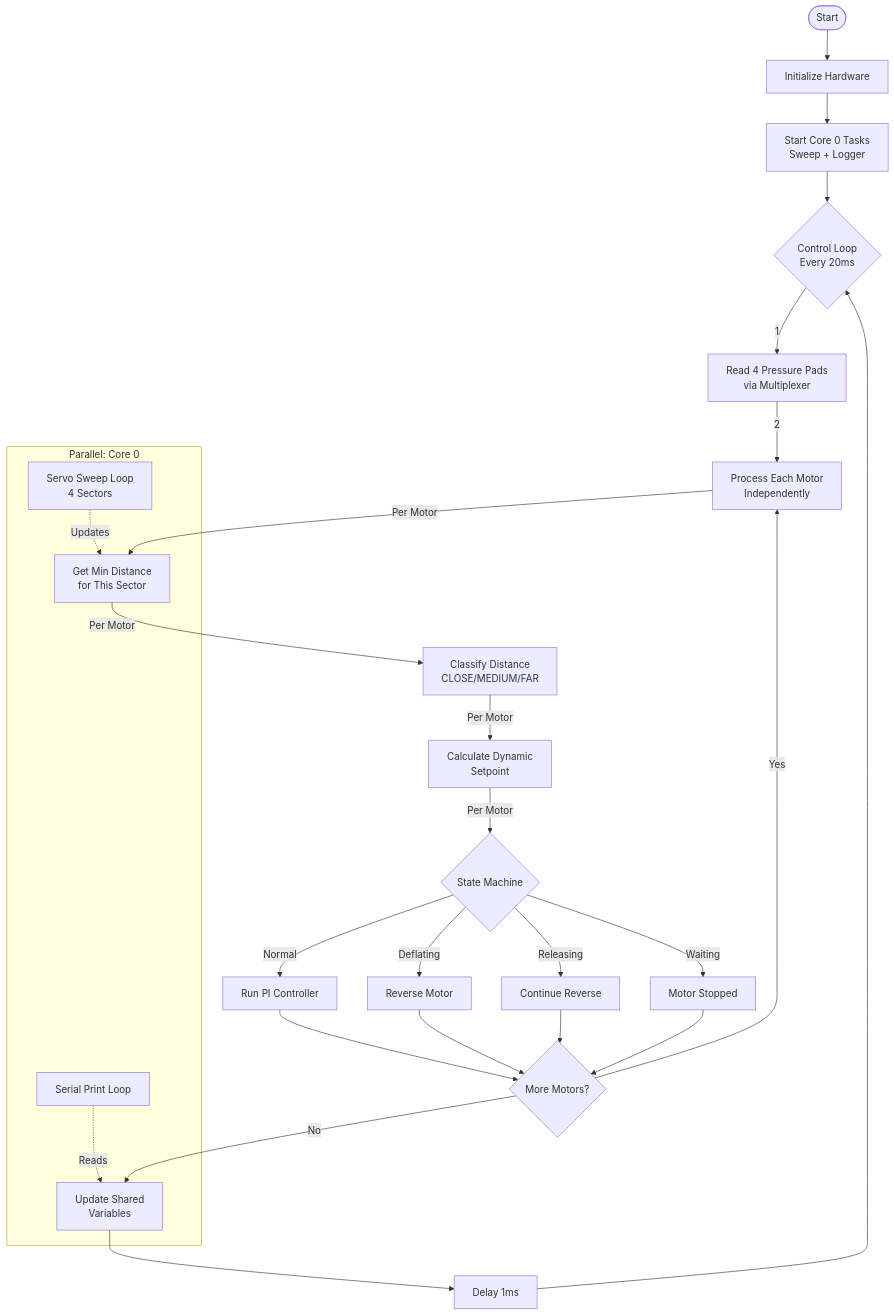
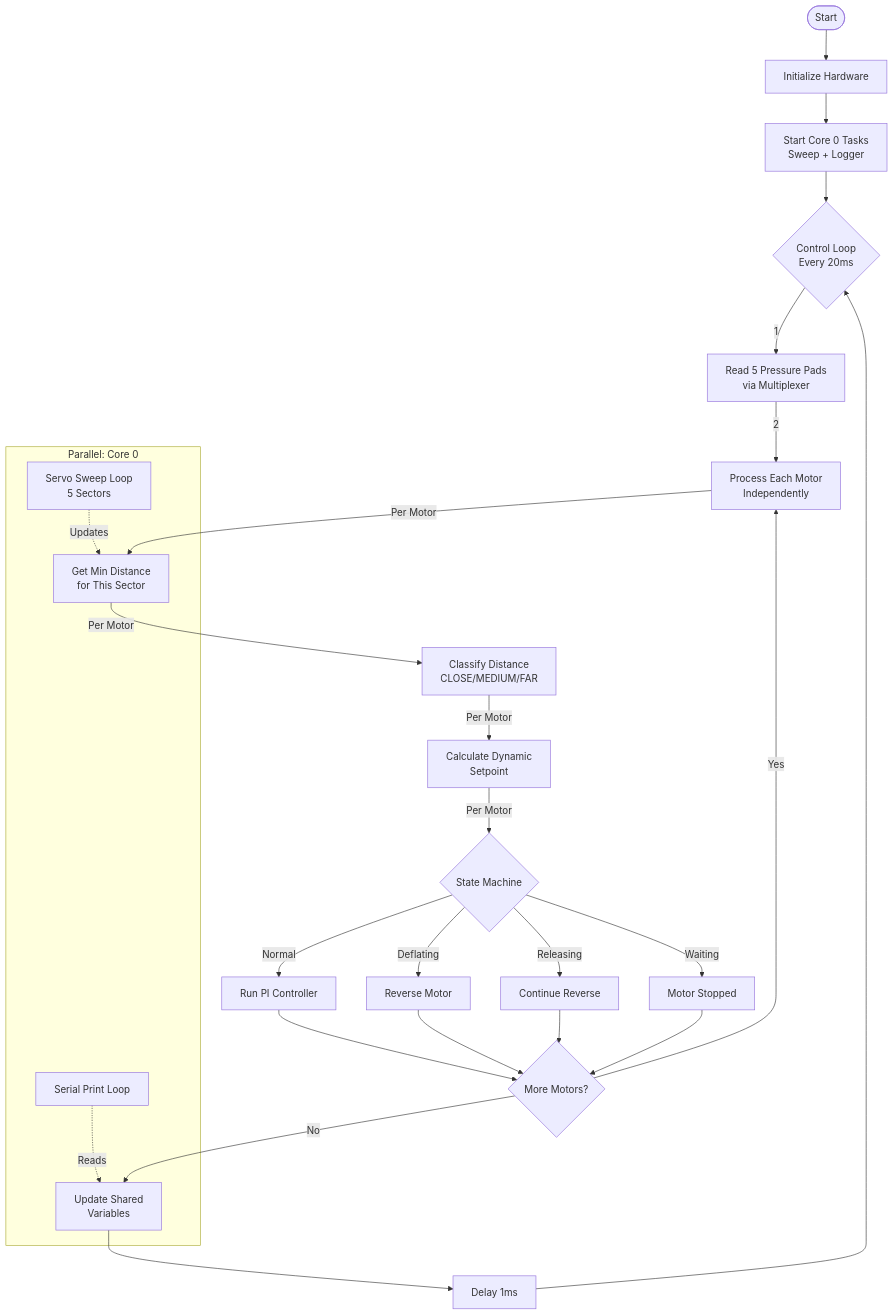
The third of 7 diagrams in docs/architecture.md (raseone19/ME-410), drawn with Mermaid before and after one commit. The commit also changed other lines of this file and 57 other files, not shown here.

````diff
--- a/docs/architecture.md
+++ b/docs/architecture.md
@@ -158,37 +167,37 @@
 ```mermaid
 flowchart TD
     Start([Start]) --> InitHW[Initialize Hardware]
     InitHW --> StartTasks[Start Core 0 Tasks<br/>Sweep + Logger]
     StartTasks --> LoopStart{Control Loop<br/>Every 20ms}
 
-    LoopStart -->|1| ReadPP[Read 4 Pressure Pads<br/>via Multiplexer]
+    LoopStart -->|1| ReadPP[Read 5 Pressure Pads<br/>via Multiplexer]
 
     ReadPP -->|2| ProcessMotors[Process Each Motor<br/>Independently]
 
     ProcessMotors -->|Per Motor| GetDist[Get Min Distance<br/>for This Sector]
     GetDist -->|Per Motor| ClassifyRange[Classify Distance<br/>CLOSE/MEDIUM/FAR]
     ClassifyRange -->|Per Motor| CalcSetpoint[Calculate Dynamic<br/>Setpoint]
 
     CalcSetpoint -->|Per Motor| CheckState{State Machine}
 
     CheckState -->|Normal| RunPI[Run PI Controller]
     CheckState -->|Deflating| Reverse[Reverse Motor]
     CheckState -->|Releasing| Continue[Continue Reverse]
     CheckState -->|Waiting| Wait[Motor Stopped]
 
     RunPI --> NextMotor{More Motors?}
     Reverse --> NextMotor
     Continue --> NextMotor
     Wait --> NextMotor
 
     NextMotor -->|Yes| ProcessMotors
     NextMotor -->|No| UpdateShared[Update Shared<br/>Variables]
 
     UpdateShared --> Delay[Delay 1ms]
     Delay --> LoopStart
 
     subgraph "Parallel: Core 0"
-        SweepLoop[Servo Sweep Loop<br/>4 Sectors] -.->|Updates| GetDist
+        SweepLoop[Servo Sweep Loop<br/>5 Sectors] -.->|Updates| GetDist
         LogLoop[Serial Print Loop] -.->|Reads| UpdateShared
     end
 ```
````
